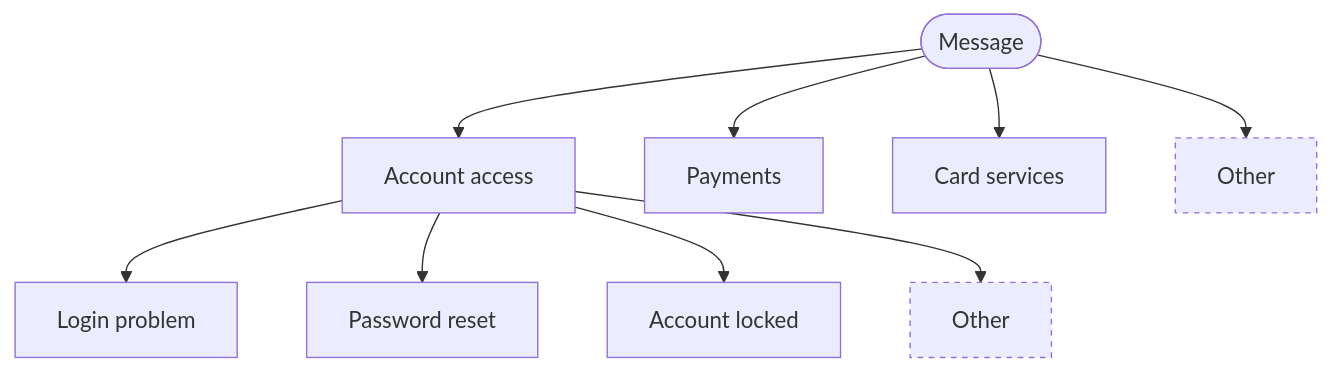
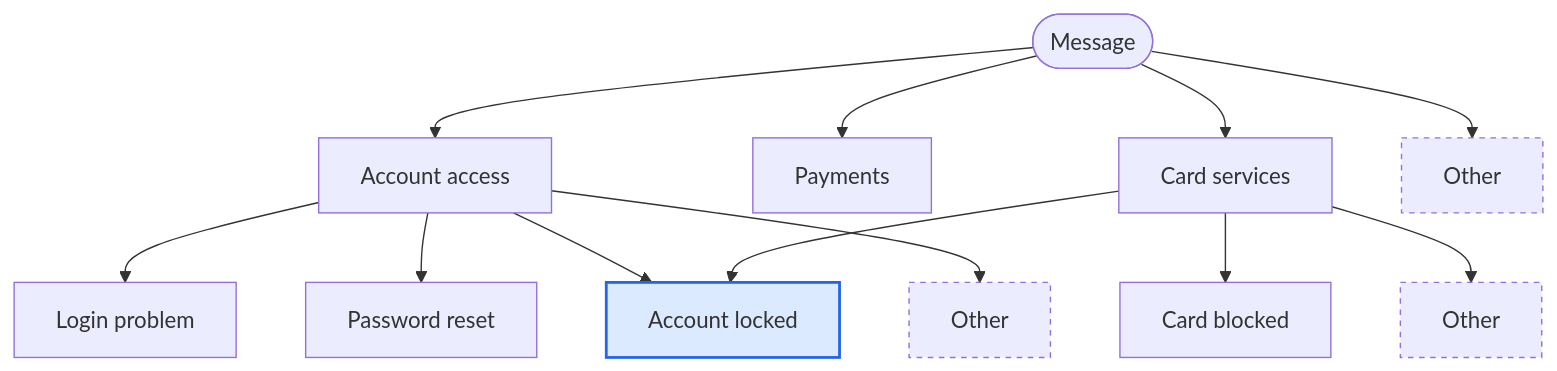
Before and after one commit to FridljDa/FridljDa.github.io: the second of 5 diagrams in src/content/blog/first-level-support-automation.mdx, drawn with Mermaid. The commit also changed other lines of this file, not shown here.

````diff
--- a/src/content/blog/first-level-support-automation.mdx
+++ b/src/content/blog/first-level-support-automation.mdx
@@ -45,16 +46,22 @@
 ```mermaid
 flowchart TD
     R([Message])
     R --> P1[Account access]
     R --> P2[Payments]
     R --> P3[Card services]
     R --> POT[Other]
 
     P1 --> P1A[Login problem]
     P1 --> P1B[Password reset]
-    P1 --> P1C[Account locked]
+    P1 --> LOCKED[Account locked]
     P1 --> P1OT[Other]
+
+    P3 --> P3A[Card blocked]
+    P3 --> LOCKED
+    P3 --> P3OT[Other]
 
     style POT stroke-dasharray: 4 4
     style P1OT stroke-dasharray: 4 4
+    style P3OT stroke-dasharray: 4 4
+    style LOCKED fill:#dbeafe,stroke:#2563eb,stroke-width:2px
 ```
````
